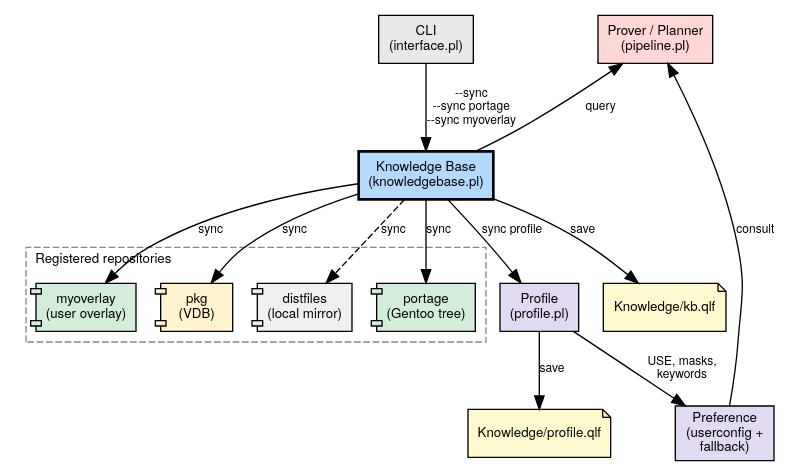
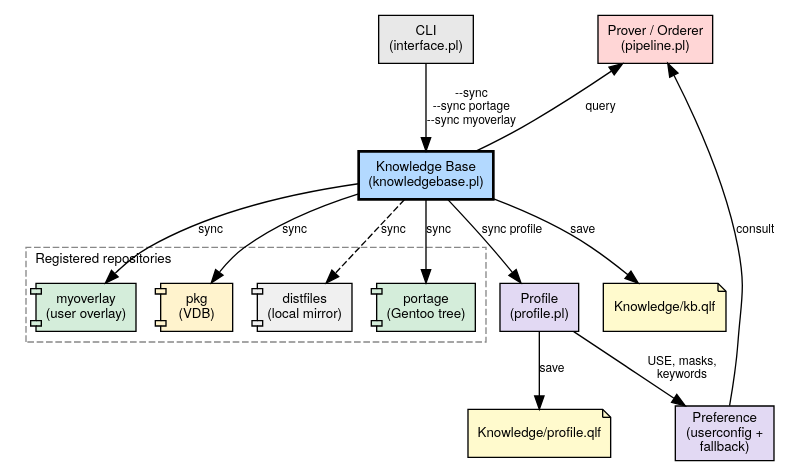
Before and after one commit to pvdabeel/prolog: the diagram in Documentation/Handbook/Diagrams/03-sync-architecture.dot, drawn with Graphviz. The commit also changed 83 other files, not shown here.

```diff
--- a/Documentation/Handbook/Diagrams/03-sync-architecture.dot
+++ b/Documentation/Handbook/Diagrams/03-sync-architecture.dot
@@ -1,52 +1,52 @@
 digraph sync_architecture {
   rankdir=TB;
   fontname="Helvetica Neue";
   node [fontname="Helvetica Neue", fontsize=10, style=filled];
   edge [fontname="Helvetica Neue", fontsize=9];
 
   // CLI layer
   cli [label="CLI\n(interface.pl)", shape=box, fillcolor="#E8E8E8"];
 
   // Knowledge base
   kb [label="Knowledge Base\n(knowledgebase.pl)", shape=box, fillcolor="#B3D9FF",
       style="filled,bold"];
 
   // Repositories
   subgraph cluster_repos {
     label="Registered repositories";
     labeljust=l;
     style=dashed;
     color="#888888";
     fontsize=10;
 
     portage [label="portage\n(Gentoo tree)", shape=component, fillcolor="#D4EDDA"];
     overlay [label="myoverlay\n(user overlay)", shape=component, fillcolor="#D4EDDA"];
     pkg [label="pkg\n(VDB)", shape=component, fillcolor="#FFF3CD"];
     distfiles [label="distfiles\n(local mirror)", shape=component, fillcolor="#F0F0F0"];
   }
 
   // Profile + preference
   profile [label="Profile\n(profile.pl)", shape=box, fillcolor="#E2D9F3"];
   preference [label="Preference\n(userconfig +\nfallback)", shape=box, fillcolor="#E2D9F3"];
 
   // Output
   kbqlf [label="Knowledge/kb.qlf", shape=note, fillcolor="#FFFACD"];
   profqlf [label="Knowledge/profile.qlf", shape=note, fillcolor="#FFFACD"];
 
   // Prover
-  prover [label="Prover / Planner\n(pipeline.pl)", shape=box, fillcolor="#FFD6D6"];
+  prover [label="Prover / Orderer\n(pipeline.pl)", shape=box, fillcolor="#FFD6D6"];
 
   // Edges
   cli -> kb [label="--sync\n--sync portage\n--sync myoverlay"];
   kb -> portage [label="sync"];
   kb -> overlay [label="sync"];
   kb -> pkg [label="sync"];
   kb -> distfiles [label="sync", style=dashed];
   kb -> kbqlf [label="save"];
   kb -> profile [label="sync profile"];
   profile -> profqlf [label="save"];
   profile -> preference [label="USE, masks,\nkeywords"];
 
   prover -> kb [label="query", dir=back];
   prover -> preference [label="consult", dir=back];
 }
```
